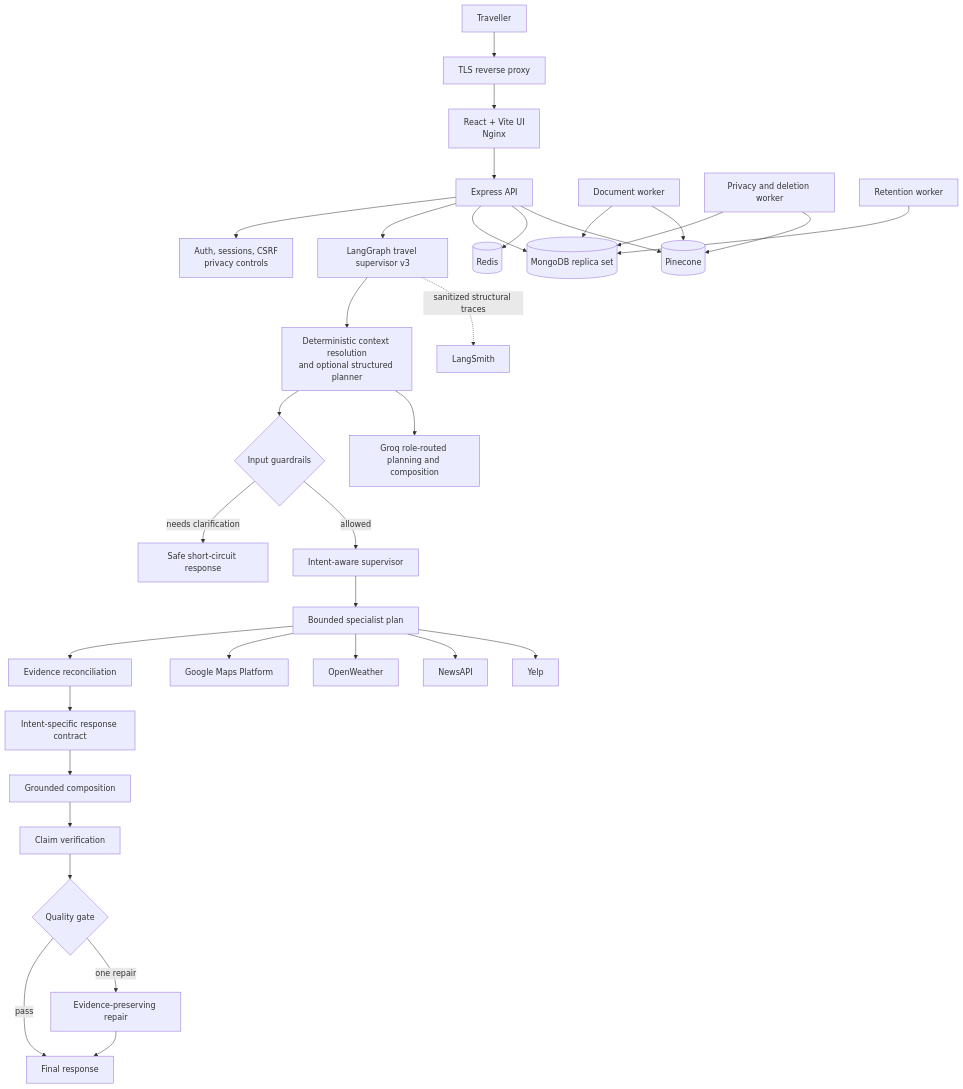
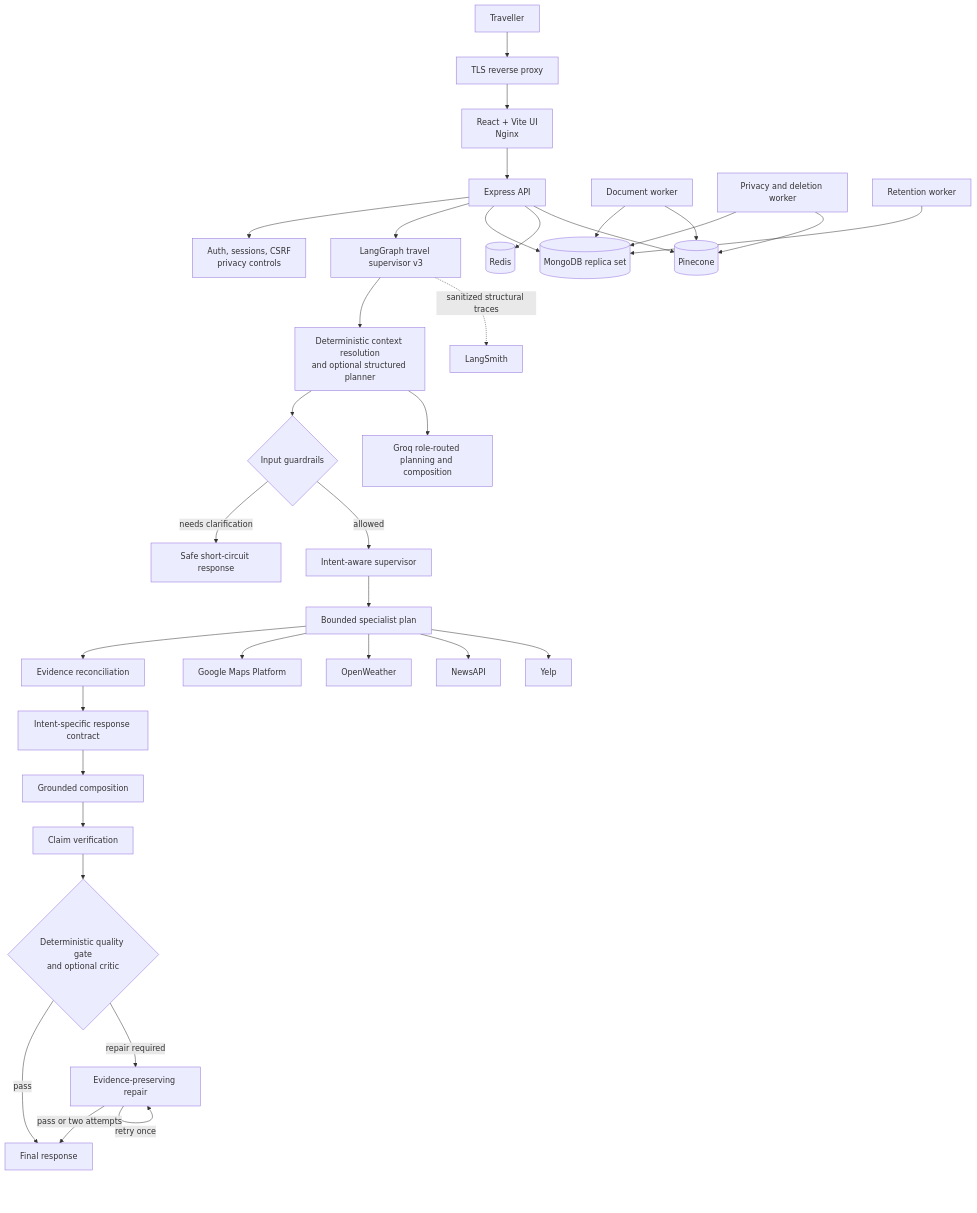
Before and after one commit to Sub1nn/ATLAS-A-Complete-AI-Travel-Assistant: the diagram in README.md, drawn with Mermaid. The commit also changed other lines of this file and 1 other file, not shown here.

```diff
--- a/README.md
+++ b/README.md
@@ -54,41 +55,42 @@
 ~~~mermaid
 flowchart TB
     User[Traveller] --> Edge[TLS reverse proxy]
     Edge --> Web[React + Vite UI<br>Nginx]
     Web --> API[Express API]
 
     API --> Auth[Auth, sessions, CSRF<br>privacy controls]
     API --> Graph[LangGraph travel supervisor v3]
 
     Graph --> Context[Deterministic context resolution<br>and optional structured planner]
     Context --> Guardrails{Input guardrails}
     Guardrails -->|needs clarification| Short[Safe short-circuit response]
     Guardrails -->|allowed| Supervisor[Intent-aware supervisor]
     Supervisor --> Specialists[Bounded specialist plan]
     Specialists --> Evidence[Evidence reconciliation]
     Evidence --> ResponsePlan[Intent-specific response contract]
     ResponsePlan --> Compose[Grounded composition]
     Compose --> Verify[Claim verification]
-    Verify --> Quality{Quality gate}
+    Verify --> Quality{Deterministic quality gate<br>and optional critic}
     Quality -->|pass| Final[Final response]
-    Quality -->|one repair| Repair[Evidence-preserving repair]
-    Repair --> Final
+    Quality -->|repair required| Repair[Evidence-preserving repair]
+    Repair -->|pass or two attempts| Final
+    Repair -->|retry once| Repair
 
     Specialists --> Google[Google Maps Platform]
     Specialists --> Weather[OpenWeather]
     Specialists --> News[NewsAPI]
     Specialists --> Yelp[Yelp]
     Context --> Groq[Groq role-routed planning and composition]
 
     API --> Mongo[(MongoDB replica set)]
     API --> Redis[(Redis)]
     API --> Pinecone[(Pinecone)]
 
     Docs[Document worker] --> Mongo
     Docs --> Pinecone
     Privacy[Privacy and deletion worker] --> Mongo
     Privacy --> Pinecone
     Retention[Retention worker] --> Mongo
 
     Graph -. sanitized structural traces .-> LangSmith[LangSmith]
 ~~~
```
